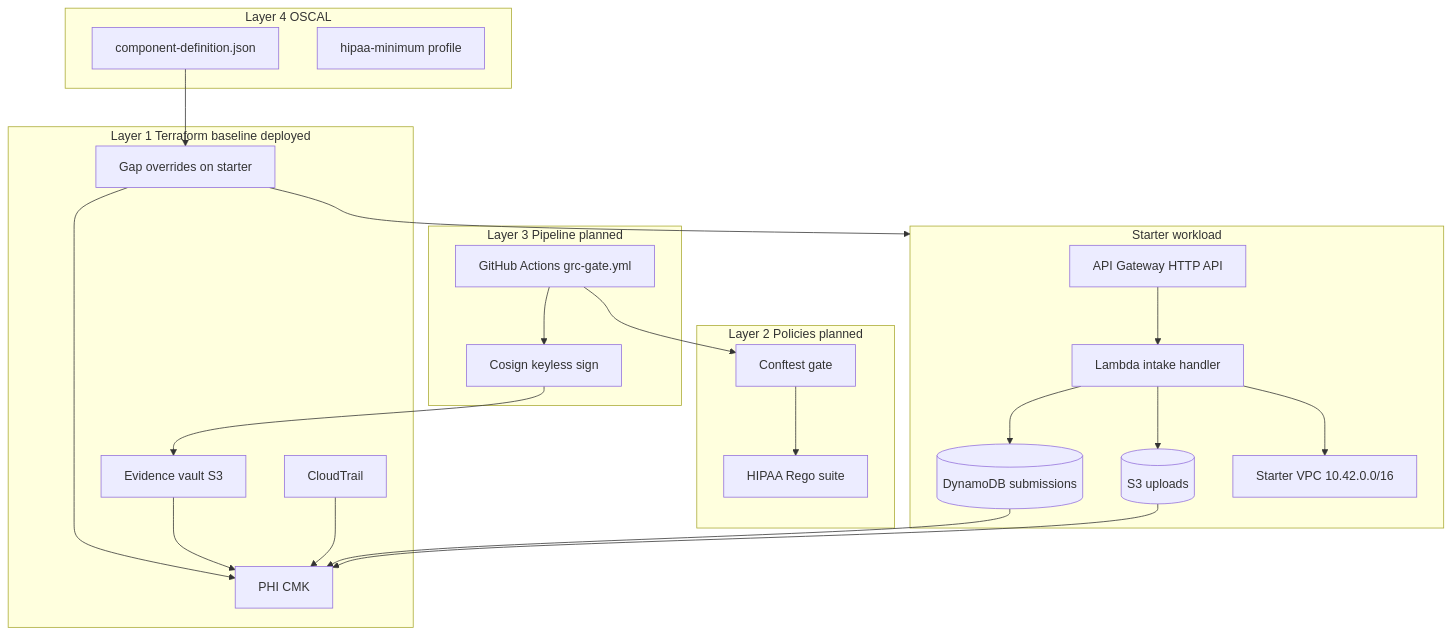
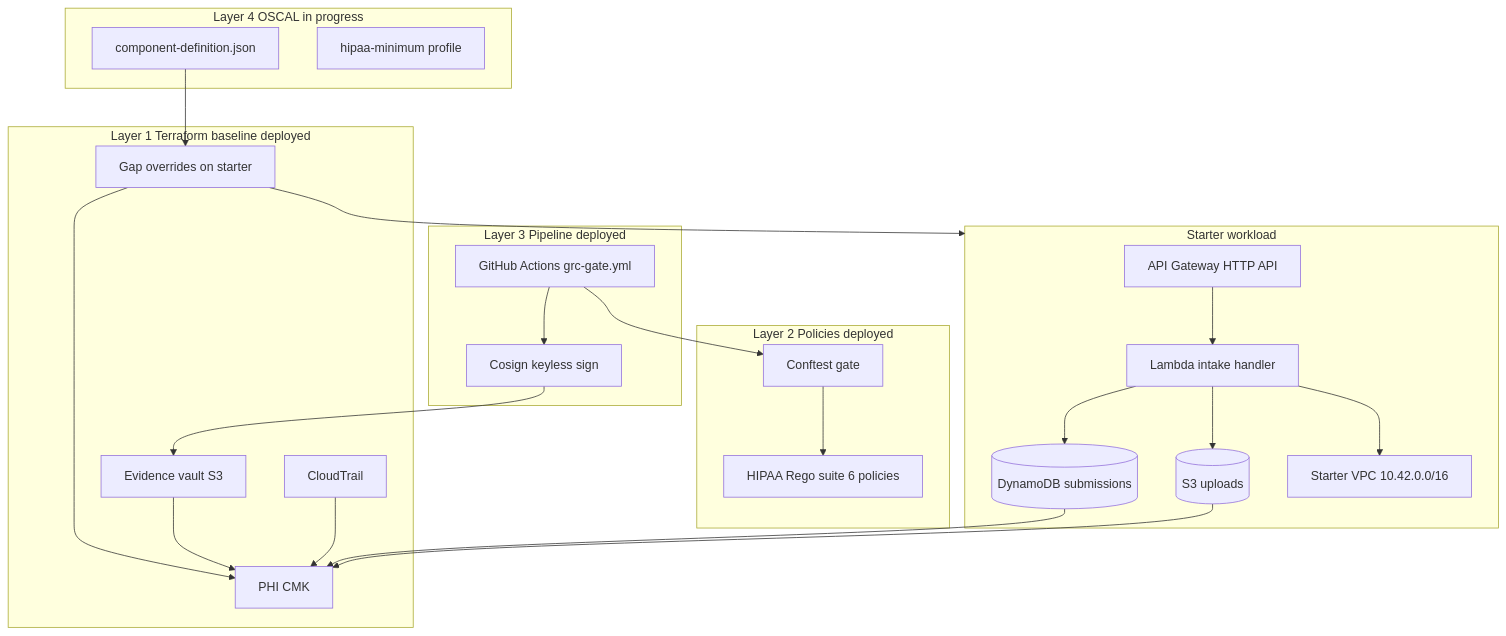
One commit to tiffanymwr15/cgep-app-starter changed the first of 2 diagrams in WRITEUP.md. Above: the diagram before and after it, drawn with Mermaid. The commit also changed other lines of this file, not shown here.

Commit message:
Complete capstone write-up: pipeline evidence, trade-offs, next sprint

````diff
--- a/WRITEUP.md
+++ b/WRITEUP.md
@@ -15,48 +17,48 @@
 ```mermaid
 flowchart TB
-  subgraph layer4 [Layer 4 OSCAL]
+  subgraph layer4 [Layer 4 OSCAL in progress]
     OSCAL[component-definition.json]
     Profile[hipaa-minimum profile]
   end
 
-  subgraph layer3 [Layer 3 Pipeline planned]
+  subgraph layer3 [Layer 3 Pipeline deployed]
     GHA[GitHub Actions grc-gate.yml]
     Cosign[Cosign keyless sign]
   end
 
-  subgraph layer2 [Layer 2 Policies planned]
-    Rego[HIPAA Rego suite]
+  subgraph layer2 [Layer 2 Policies deployed]
+    Rego[HIPAA Rego suite 6 policies]
     Conftest[Conftest gate]
   end
 
   subgraph layer1 [Layer 1 Terraform baseline deployed]
     KMS[PHI CMK]
     Vault[Evidence vault S3]
     Trail[CloudTrail]
     Overrides[Gap overrides on starter]
   end
 
   subgraph workload [Starter workload]
     APIGW[API Gateway HTTP API]
     Lambda[Lambda intake handler]
     DDB[(DynamoDB submissions)]
     Uploads[(S3 uploads)]
     VPC[Starter VPC 10.42.0.0/16]
   end
 
   OSCAL --> Overrides
   GHA --> Conftest
   Conftest --> Rego
   GHA --> Cosign
   Cosign --> Vault
   Overrides --> KMS
   Overrides --> workload
   Vault --> KMS
   Trail --> KMS
   APIGW --> Lambda
   Lambda --> VPC
   Lambda --> DDB
   Lambda --> Uploads
   DDB --> KMS
   Uploads --> KMS
 ```
````
